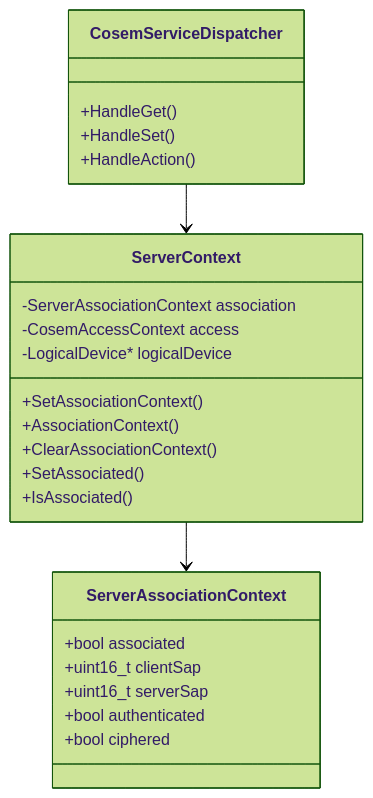
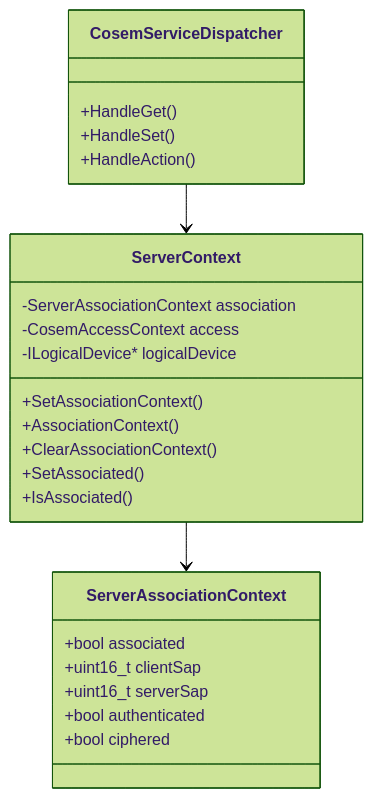
One commit to gvtret/dlms changed the second of 2 diagrams in lib/dlms-server/docs/06_server_association_context.md. Above: the diagram before and after it, drawn with Mermaid (forest theme). The commit also changed 15 other files, not shown here.

First line of the commit message:
refactor: add logical device dispatch port

````diff
--- a/lib/dlms-server/docs/06_server_association_context.md
+++ b/lib/dlms-server/docs/06_server_association_context.md
@@ -72,30 +72,30 @@
 ```mermaid
 classDiagram
   class ServerAssociationContext {
     +bool associated
     +uint16_t clientSap
     +uint16_t serverSap
     +bool authenticated
     +bool ciphered
   }
 
   class ServerContext {
     -ServerAssociationContext association
     -CosemAccessContext access
-    -LogicalDevice* logicalDevice
+    -ILogicalDevice* logicalDevice
     +SetAssociationContext()
     +AssociationContext()
     +ClearAssociationContext()
     +SetAssociated()
     +IsAssociated()
   }
 
   class CosemServiceDispatcher {
     +HandleGet()
     +HandleSet()
     +HandleAction()
   }
 
   ServerContext --> ServerAssociationContext
   CosemServiceDispatcher --> ServerContext
 ```
````
